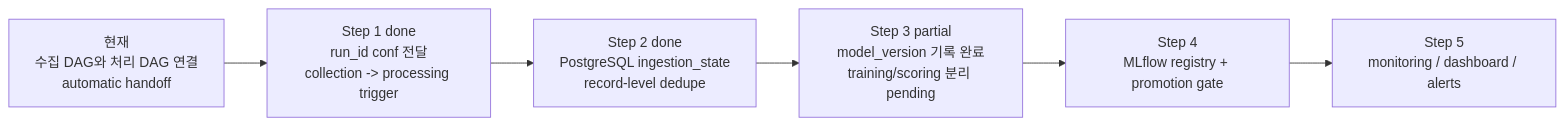
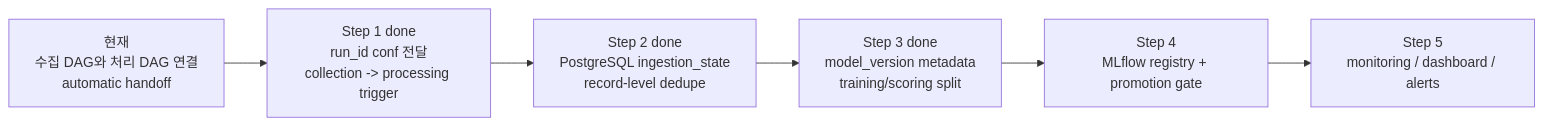
Before and after one commit to belucent0/vehicle-recall-risk-mlops: the fifth of 5 diagrams in docs/ARCHITECTURE_VISUALIZATION.md, drawn with Mermaid. The commit also changed other lines of this file and 12 other files, not shown here.

Commit message:
Split backfill training and batch scoring

````diff
--- a/docs/ARCHITECTURE_VISUALIZATION.md
+++ b/docs/ARCHITECTURE_VISUALIZATION.md
@@ -290,11 +294,11 @@
 ```mermaid
 flowchart LR
     s0["현재<br/>수집 DAG와 처리 DAG 연결<br/>automatic handoff"]
     s1["Step 1 done<br/>run_id conf 전달<br/>collection -> processing trigger"]
     s2["Step 2 done<br/>PostgreSQL ingestion_state<br/>record-level dedupe"]
-    s3["Step 3 partial<br/>model_version 기록 완료<br/>training/scoring 분리 pending"]
+    s3["Step 3 done<br/>model_version metadata<br/>training/scoring split"]
     s4["Step 4<br/>MLflow registry + promotion gate"]
     s5["Step 5<br/>monitoring / dashboard / alerts"]
 
     s0 --> s1 --> s2 --> s3 --> s4 --> s5
 ```
````
